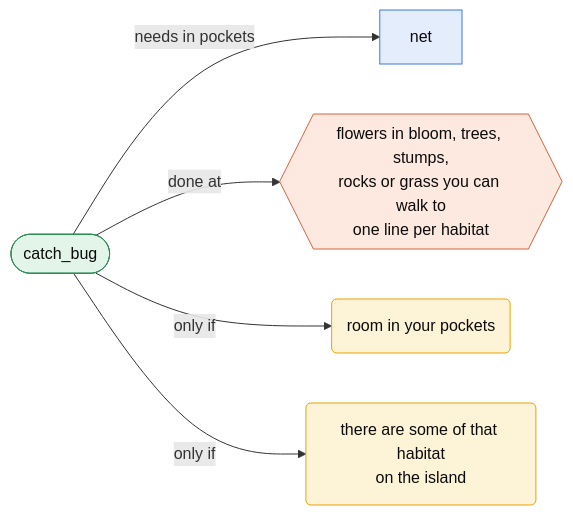
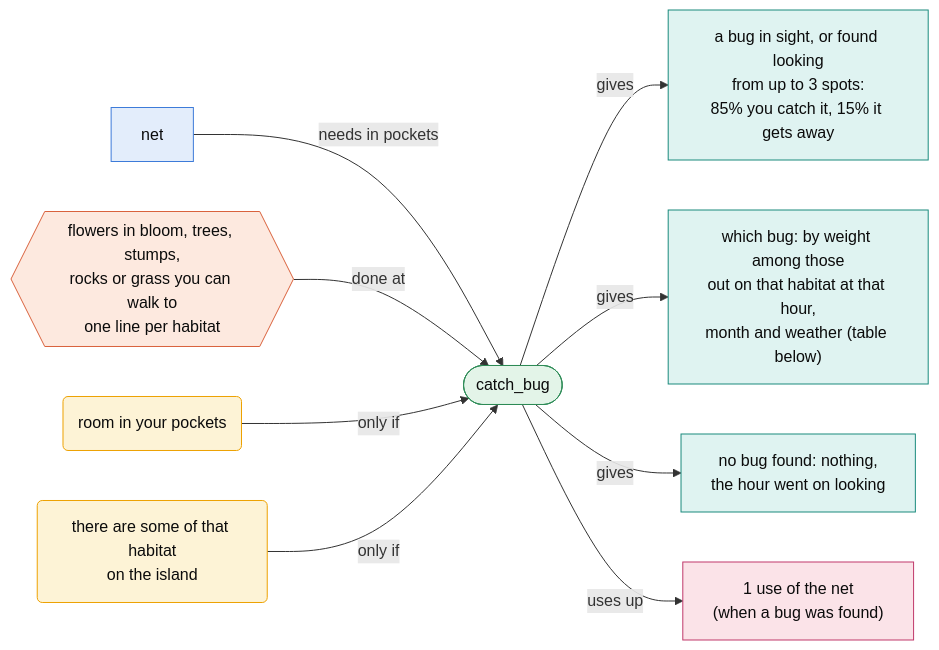
One commit to harjonillo/multiagent-island changed the seventh of 41 diagrams in docs/actions.md. Above: the diagram before and after it, drawn with Mermaid. The commit also changed other lines of this file and 9 other files, not shown here.

````diff
--- a/docs/actions.md
+++ b/docs/actions.md
@@ -178,16 +295,25 @@
 ```mermaid
 flowchart LR
     classDef act fill:#e3f4e8,stroke:#2e8b57,color:#0b0b0b
     classDef item fill:#e3edfb,stroke:#3d7bd9,color:#0b0b0b
     classDef place fill:#fde9df,stroke:#d9623d,color:#0b0b0b
     classDef cond fill:#fdf3d6,stroke:#eda100,color:#0b0b0b
+    classDef gain fill:#dff3f1,stroke:#1a8a7d,color:#0b0b0b
+    classDef spend fill:#fbe3e8,stroke:#c0396b,color:#0b0b0b
+    classDef change fill:#eef0f2,stroke:#6b7280,color:#0b0b0b
     A(["catch_bug"])
-    A -- "needs in pockets" --> I0["net"]
-    A -- "done at" --> P0{{"flowers in bloom, trees, stumps,<br/>rocks or grass you can walk to<br/>one line per habitat"}}
-    A -- "only if" --> C0("room in your pockets")
-    A -- "only if" --> C1("there are some of that habitat<br/>on the island")
+    It0["net"] -- "needs in pockets" --> A
+    Pl0{{"flowers in bloom, trees, stumps,<br/>rocks or grass you can walk to<br/>one line per habitat"}} -- "done at" --> A
+    Co0("room in your pockets") -- "only if" --> A
+    Co1("there are some of that habitat<br/>on the island") -- "only if" --> A
+    A -- "gives" --> Ga0["a bug in sight, or found looking<br/>from up to 3 spots:<br/>85% you catch it, 15% it gets away"]
+    A -- "gives" --> Ga1["which bug: by weight among those<br/>out on that habitat at that hour,<br/>month and weather (table below)"]
+    A -- "gives" --> Ga2["no bug found: nothing,<br/>the hour went on looking"]
+    A -- "uses up" --> Sp0["1 use of the net<br/>(when a bug was found)"]
     class A act
-    class I0 item
-    class P0 place
-    class C0,C1 cond
+    class It0 item
+    class Pl0 place
+    class Co0,Co1 cond
+    class Ga0,Ga1,Ga2 gain
+    class Sp0 spend
 ```
````
